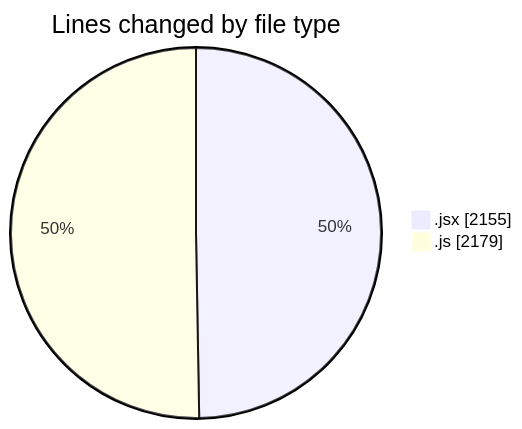
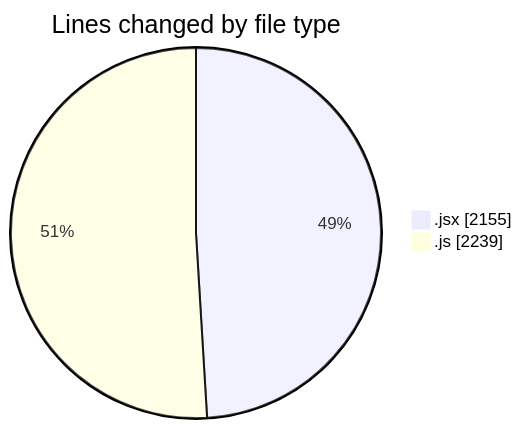
One commit to nxtqubesakshisongat/code-tracking changed the first of 2 diagrams in 2025-07-30/nxtqube_webapp/README.md. Above: the diagram before and after it, drawn with Mermaid. The commit also changed other lines of this file and 1 other file, not shown here.

````diff
--- a/2025-07-30/nxtqube_webapp/README.md
+++ b/2025-07-30/nxtqube_webapp/README.md
@@ -27,6 +27,6 @@
 ```mermaid
 pie showData
 title Lines changed by file type
 ".jsx" : 2155
-".js" : 2179
+".js" : 2239
 ```
````
